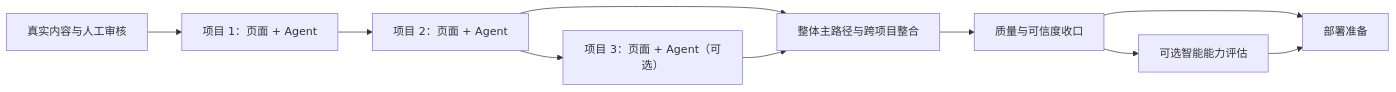
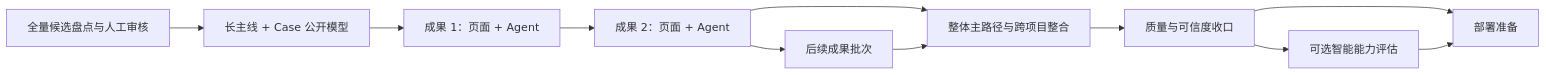
Before and after one commit to creeper521/portfolio-agent: the diagram in docs/superpowers/specs/2026-07-22-job-seeking-portfolio-completion-roadmap-design.md, drawn with Mermaid. The commit also changed other lines of this file and 2 other files, not shown here.

Commit message:
docs: expand portfolio content roadmap

````diff
--- a/docs/superpowers/specs/2026-07-22-job-seeking-portfolio-completion-roadmap-design.md
+++ b/docs/superpowers/specs/2026-07-22-job-seeking-portfolio-completion-roadmap-design.md
@@ -236,12 +252,13 @@
 ```mermaid
 flowchart LR
-    A["真实内容与人工审核"] --> B1["项目 1：页面 + Agent"]
-    B1 --> B2["项目 2：页面 + Agent"]
-    B2 --> B3["项目 3：页面 + Agent（可选）"]
+    A["全量候选盘点与人工审核"] --> M["长主线 + Case 公开模型"]
+    M --> B1["成果 1：页面 + Agent"]
+    B1 --> B2["成果 2：页面 + Agent"]
+    B2 --> BN["后续成果批次"]
     B2 --> C["整体主路径与跨项目整合"]
-    B3 --> C
+    BN --> C
     C --> D["质量与可信度收口"]
     D --> E["可选智能能力评估"]
     D --> F["部署准备"]
     E --> F
 ```
````
